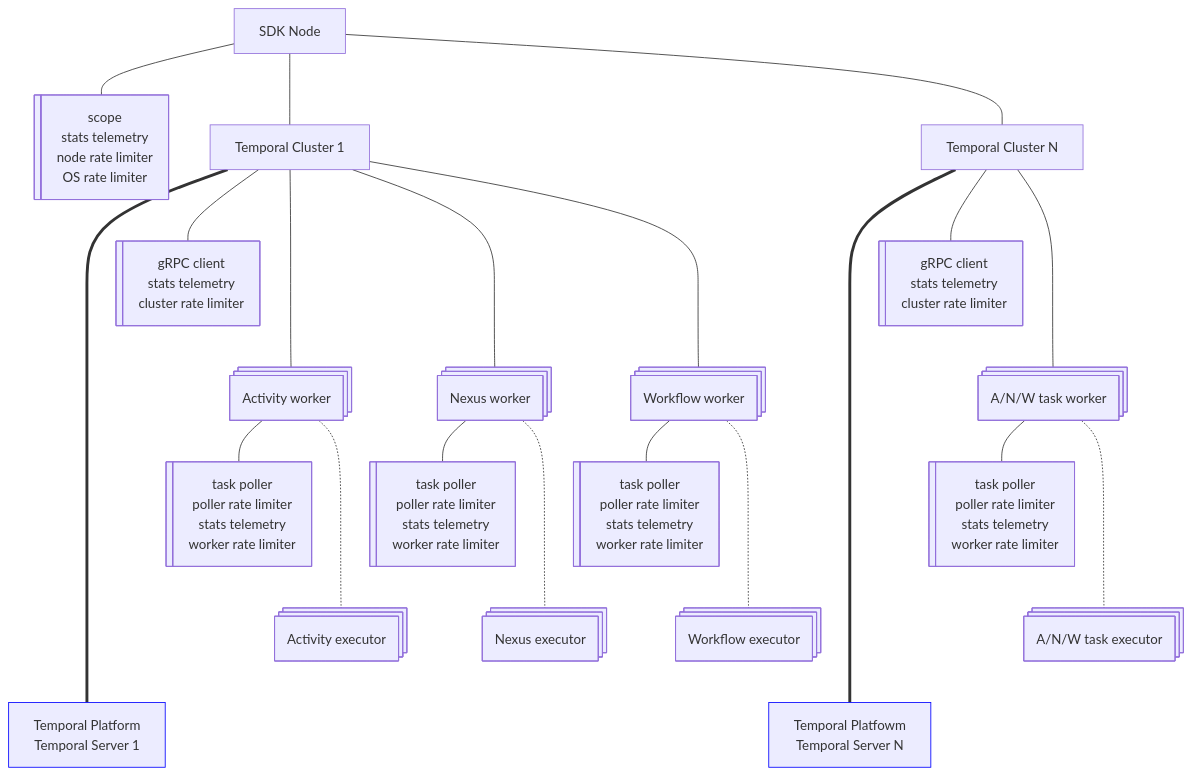
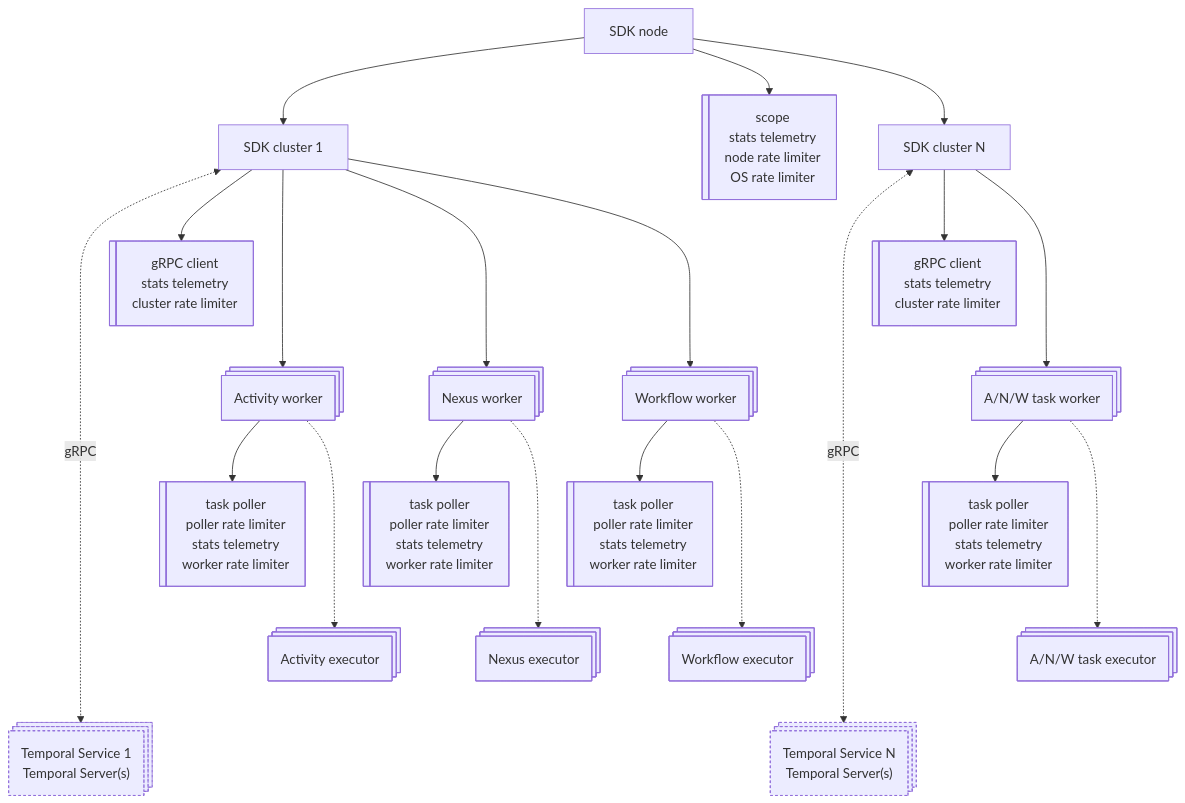
Before and after one commit to andrzej-mag/temporal_sdk: the diagram in docs/architecture.md, drawn with Mermaid.

````diff
--- a/docs/architecture.md
+++ b/docs/architecture.md
@@ -3,77 +3,77 @@
 ```mermaid
 flowchart TD
-  Node@{ shape: rect, label: "SDK Node"}
+  Node@{ shape: rect, label: "SDK node"}
   NodeTool@{ shape: lin-rect, label: "scope <br> stats telemetry <br> node rate limiter <br> OS rate limiter"}
 
-  Cluster1@{ shape: rect, label: "Temporal Cluster 1"}
-  ClusterN@{ shape: rect, label: "Temporal Cluster N"}
+  Cluster1@{ shape: rect, label: "SDK cluster 1"}
+  ClusterN@{ shape: rect, label: "SDK cluster N"}
   ClusterTool@{ shape: lin-rect, label: "gRPC client <br> stats telemetry <br> cluster rate limiter"}
   ClusterToolN@{ shape: lin-rect, label: "gRPC client <br> stats telemetry <br> cluster rate limiter"}
 
   Activity@{ shape: processes, label: "Activity worker" }
   ActivityTool@{ shape: lin-rect, label: "task poller <br> poller rate limiter <br> stats telemetry <br> worker  rate limiter" }
 
   Nexus@{ shape: processes, label: "Nexus worker" }
   NexusTool@{ shape: lin-rect, label: "task poller <br> poller rate limiter <br> stats telemetry <br> worker  rate limiter" }
 
   Workflow@{ shape: processes, label: "Workflow worker" }
   WorkflowTool@{ shape: lin-rect, label: "task poller <br> poller rate limiter <br> stats telemetry <br> worker  rate limiter" }
 
   Task@{ shape: processes, label: "A/N/W task worker" }
   TaskTool@{ shape: lin-rect, label: "task poller <br> poller rate limiter <br> stats telemetry <br> worker rate limiter" }
 
   ActivityExec@{ shape: processes, label: "Activity executor" }
   NexusExec@{ shape: processes, label: "Nexus executor" }
   WorkflowExec@{ shape: processes, label: "Workflow executor" }
   TaskExec@{ shape: processes, label: "A/N/W task executor" }
 
-  TemporalServer1@{ shape: rect, label: "Temporal Platform <br> Temporal Server 1"}
-  TemporalServerN@{ shape: rect, label: "Temporal Platfowm <br> Temporal Server N"}
+  TemporalService1@{ shape: processes, label: "Temporal Service 1 <br> Temporal Server(s)"}
+  TemporalServiceN@{ shape: processes, label: "Temporal Service N <br> Temporal Server(s)"}
 
-  style TemporalServer1 stroke:#0000ff
-  style TemporalServerN stroke:#0000ff
+  style TemporalService1 stroke-dasharray: 3 3
+  style TemporalServiceN stroke-dasharray: 3 3
 
-  Node --- NodeTool
-  Node --- Cluster1
-  Cluster1 ======= TemporalServer1
-  Cluster1 --- ClusterTool
-  Cluster1 ---- Activity
-  Cluster1 ---- Nexus
-  Cluster1 ---- Workflow
-  Node --- ClusterN
-  ClusterN ======= TemporalServerN
-  ClusterN --- ClusterToolN
-  ClusterN ---- Task
-  Activity --- ActivityTool
-  Activity -..- ActivityExec
-  Nexus --- NexusTool
-  Nexus -..- NexusExec
-  Workflow --- WorkflowTool
-  Workflow -..- WorkflowExec
-  Task --- TaskTool
-  Task -..- TaskExec
+  Node --> Cluster1
+  Cluster1 <-.gRPC.....-> TemporalService1
+  Cluster1 --> ClusterTool
+  Cluster1 ---> Activity
+  Cluster1 ---> Nexus
+  Cluster1 ---> Workflow
+  Node --> NodeTool
+  Node --> ClusterN
+  ClusterN <-.gRPC.....-> TemporalServiceN
+  ClusterN --> ClusterToolN
+  ClusterN ---> Task
+  Activity --> ActivityTool
+  Activity -..-> ActivityExec
+  Nexus --> NexusTool
+  Nexus -..-> NexusExec
+  Workflow --> WorkflowTool
+  Workflow -..-> WorkflowExec
+  Task --> TaskTool
+  Task -..-> TaskExec
 
   click Node "https://hexdocs.pm/temporal_sdk/temporal_sdk_node.html" _blank
   click NodeTool "https://hexdocs.pm/temporal_sdk/temporal_sdk_node.html" _blank
 
   click Cluster1 "https://hexdocs.pm/temporal_sdk/temporal_sdk_cluster.html" _blank
   click ClusterN "https://hexdocs.pm/temporal_sdk/temporal_sdk_cluster.html" _blank
   click ClusterTool "https://hexdocs.pm/temporal_sdk/temporal_sdk_cluster.html" _blank
   click ClusterToolN "https://hexdocs.pm/temporal_sdk/temporal_sdk_cluster.html" _blank
 
   click Activity "https://hexdocs.pm/temporal_sdk/temporal_sdk_worker.html" _blank
   click ActivityTool "https://hexdocs.pm/temporal_sdk/temporal_sdk_worker.html" _blank
   click Nexus "https://hexdocs.pm/temporal_sdk/temporal_sdk_worker.html" _blank
   click NexusTool "https://hexdocs.pm/temporal_sdk/temporal_sdk_worker.html" _blank
   click Workflow "https://hexdocs.pm/temporal_sdk/temporal_sdk_worker.html" _blank
   click WorkflowTool "https://hexdocs.pm/temporal_sdk/temporal_sdk_worker.html" _blank
   click Task "https://hexdocs.pm/temporal_sdk/temporal_sdk_worker.html" _blank
   click TaskTool "https://hexdocs.pm/temporal_sdk/temporal_sdk_worker.html" _blank
 
   click ActivityExec "https://hexdocs.pm/temporal_sdk/temporal_sdk_activity.html" _blank
   click NexusExec "https://hexdocs.pm/temporal_sdk/temporal_sdk_nexus.html" _blank
   click WorkflowExec "https://hexdocs.pm/temporal_sdk/temporal_sdk_workflow.html" _blank
 
-  click TemporalServer1 "https://docs.temporal.io/temporal" _blank
-  click TemporalServerN "https://docs.temporal.io/temporal" _blank
+  click TemporalService1 "https://docs.temporal.io/temporal-service" _blank
+  click TemporalServiceN "https://docs.temporal.io/temporal-service" _blank
 ```
````
